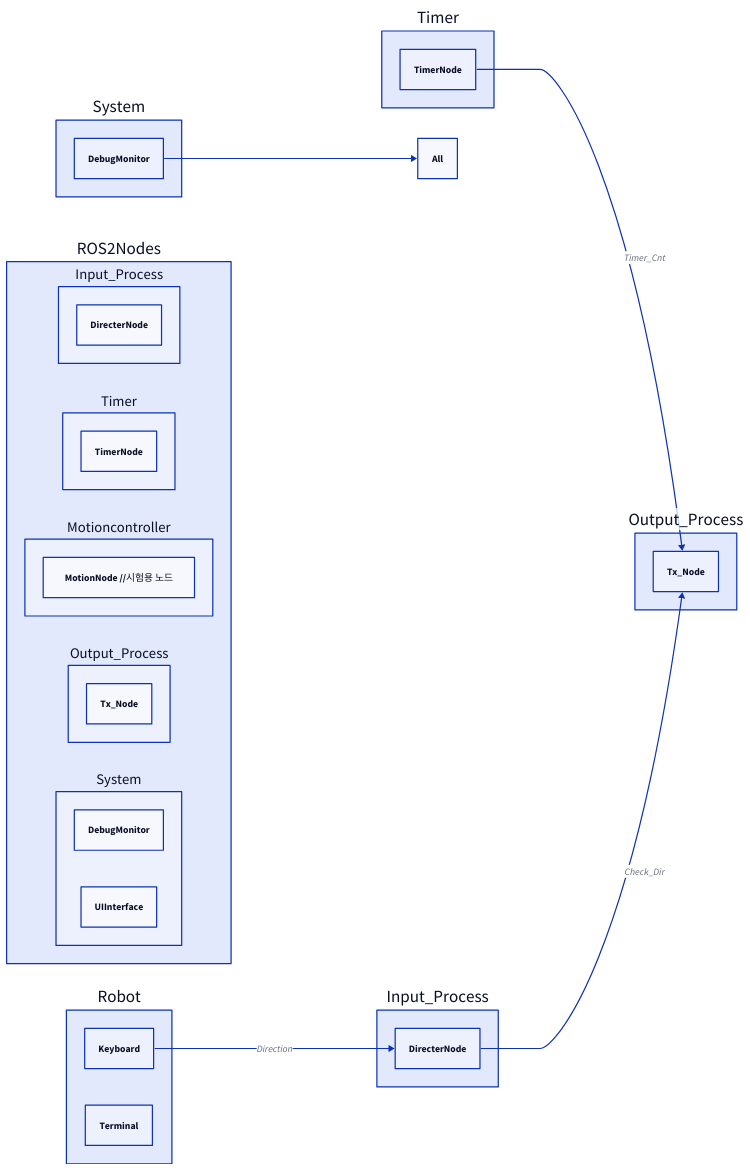
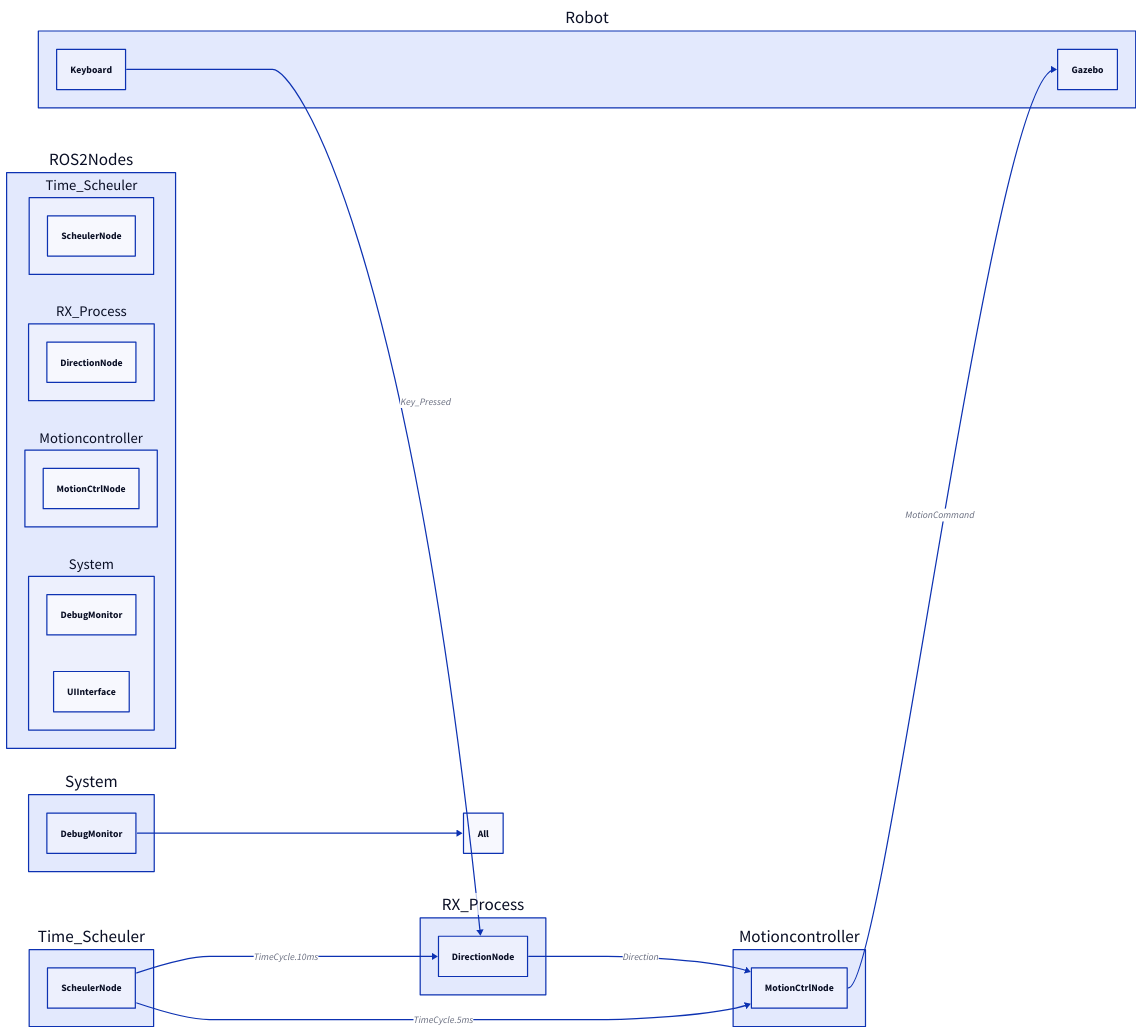
Before and after one commit to Beomme0512/Ros2_Project: the diagram in Architecture/System_Architecture.d2, drawn with D2. The commit also changed 134 other files, not shown here.

```diff
--- a/Architecture/System_Architecture.d2
+++ b/Architecture/System_Architecture.d2
@@ -1,41 +1,40 @@
 direction: right
 
 Robot {
     Keyboard
-    Terminal
+    Gazebo
 }
 
 ROS2Nodes {
-  Input_Process {
-    DirecterNode
+
+  Time_Scheuler {
+    ScheulerNode
+  }
+
+  RX_Process{
+    DirectionNode   
   }
   
-  Timer {
-    TimerNode
-  }
-
   Motioncontroller {
-    MotionNode //시험용 노드
-  }
-
-
-  Output_Process {
-    Tx_Node
+    MotionCtrlNode 
   }
 
   System {
     DebugMonitor
     UIInterface
   }
 }
 
 #message flow
-Robot.Keyboard -> Input_Process.DirecterNode : Direction
+Robot.Keyboard -> RX_Process.DirectionNode : Key_Pressed
+Time_Scheuler.ScheulerNode -> RX_Process.DirectionNode : TimeCycle.10ms
 
-Timer.TimerNode -> Output_Process.Tx_Node : Timer_Cnt
-Input_Process.DirecterNode -> Output_Process.Tx_Node : Check_Dir
+RX_Process.DirectionNode -> Motioncontroller.MotionCtrlNode : Direction
+Time_Scheuler.ScheulerNode -> Motioncontroller.MotionCtrlNode : TimeCycle.5ms
+
+Motioncontroller.MotionCtrlNode -> Robot.Gazebo : MotionCommand
 
 
 #Display
 #System.UIInterface -> PlanningNodes.GameStateManager
 System.DebugMonitor -> All
```
